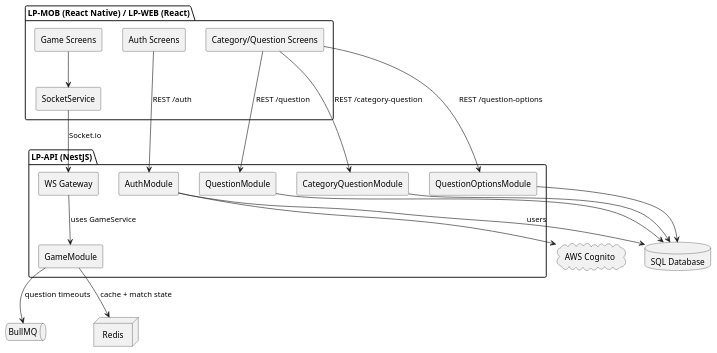
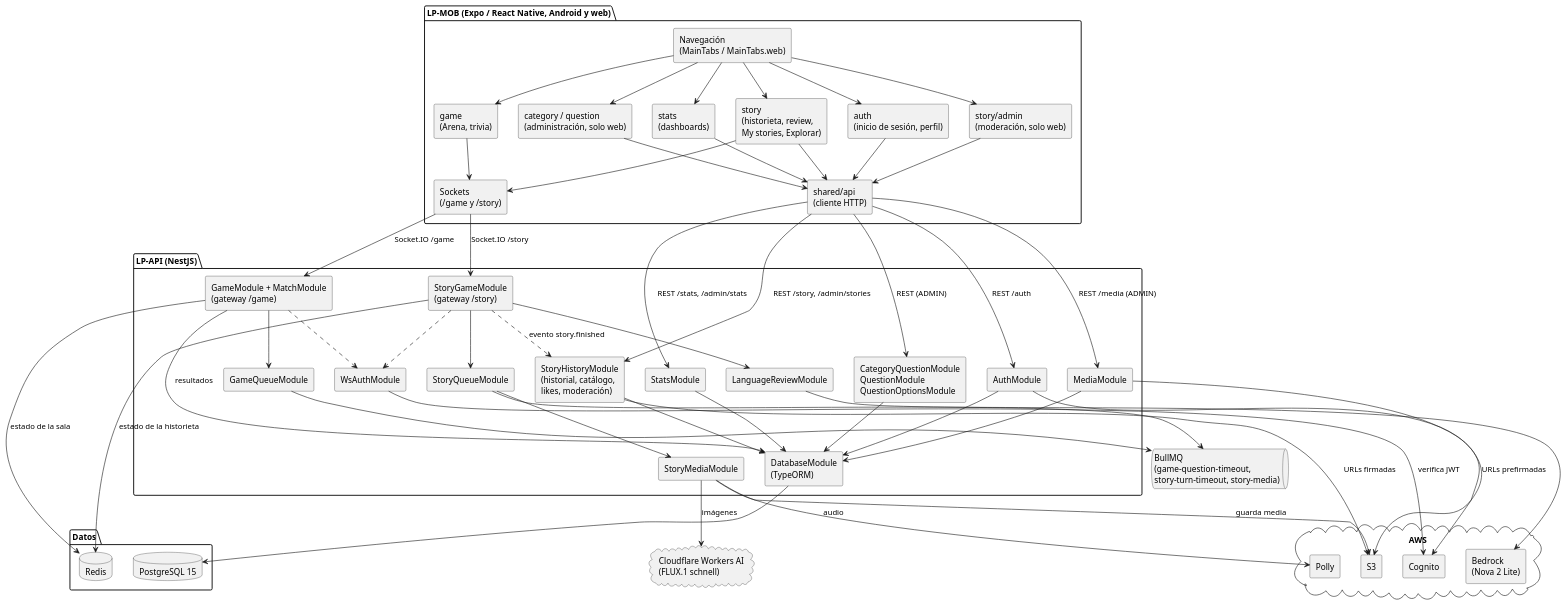
One commit to smyleface18/LinguaPlay changed the diagram in docs/diagrams/component-diagram.puml. Above: the diagram before and after it, drawn with PlantUML. The commit also changed 24 other files, not shown here.

First line of the commit message:
docs(diagrams): update UML diagrams to the current code and export PNG

```diff
--- a/docs/diagrams/component-diagram.puml
+++ b/docs/diagrams/component-diagram.puml
@@ -1,43 +1,100 @@
 @startuml
+' Componentes de LinguaPlay: features de LP-MOB, módulos de LP-API y
+' servicios externos. Fuente: app.module.ts y src/features de LP-MOB.
 skinparam componentStyle rectangle
+top to bottom direction
 
-package "LP-MOB (React Native) / LP-WEB (React)" {
-  [Auth Screens]
-  [Game Screens]
-  [Category/Question Screens]
-  [SocketService]
+package "LP-MOB (Expo / React Native, Android y web)" {
+  [Navegación\n(MainTabs / MainTabs.web)] as Nav
+  [auth\n(inicio de sesión, perfil)] as MobAuth
+  [game\n(Arena, trivia)] as MobGame
+  [story\n(historieta, review,\nMy stories, Explorar)] as MobStory
+  [story/admin\n(moderación, solo web)] as MobStoryAdmin
+  [category / question\n(administración, solo web)] as MobAdmin
+  [stats\n(dashboards)] as MobStats
+  [shared/api\n(cliente HTTP)] as Http
+  [Sockets\n(/game y /story)] as Sockets
 }
 
 package "LP-API (NestJS)" {
-  [AuthModule]
-  [GameModule]
-  [QuestionModule]
-  [CategoryQuestionModule]
-  [QuestionOptionsModule]
-  [WS Gateway]
+  [AuthModule] as Auth
+  [WsAuthModule] as WsAuth
+  [CategoryQuestionModule\nQuestionModule\nQuestionOptionsModule] as Content
+  [MediaModule] as Media
+  [GameModule + MatchModule\n(gateway /game)] as Game
+  [GameQueueModule] as GameQueue
+  [StoryGameModule\n(gateway /story)] as StoryGame
+  [LanguageReviewModule] as Review
+  [StoryMediaModule] as StoryMedia
+  [StoryQueueModule] as StoryQueue
+  [StoryHistoryModule\n(historial, catálogo,\nlikes, moderación)] as StoryHistory
+  [StatsModule] as Stats
+  [DatabaseModule\n(TypeORM)] as Db
 }
 
-cloud "AWS Cognito" as Cognito
-queue "BullMQ" as Queue
-node "Redis" as Redis
-database "SQL Database" as DB
+package "Datos" {
+  database "PostgreSQL 15" as PG
+  database "Redis" as Redis
+}
+queue "BullMQ\n(game-question-timeout,\nstory-turn-timeout, story-media)" as Bull
+cloud "AWS" {
+  [Cognito] as Cognito
+  [S3] as S3
+  [Bedrock\n(Nova 2 Lite)] as Bedrock
+  [Polly] as Polly
+}
+cloud "Cloudflare Workers AI\n(FLUX.1 schnell)" as CF
 
-[Auth Screens] --> [AuthModule] : REST /auth
-[Category/Question Screens] --> [QuestionModule] : REST /question
-[Category/Question Screens] --> [CategoryQuestionModule] : REST /category-question
-[Category/Question Screens] --> [QuestionOptionsModule] : REST /question-options
+Nav --> MobAuth
+Nav --> MobGame
+Nav --> MobStory
+Nav --> MobStoryAdmin
+Nav --> MobAdmin
+Nav --> MobStats
 
-[Game Screens] --> [SocketService]
-[SocketService] --> [WS Gateway] : Socket.io
+MobAuth --> Http
+MobAdmin --> Http
+MobStats --> Http
+MobStory --> Http
+MobStoryAdmin --> Http
+MobGame --> Sockets
+MobStory --> Sockets
 
-[WS Gateway] --> [GameModule] : uses GameService
+Http --> Auth : REST /auth
+Http --> Content : REST (ADMIN)
+Http --> Media : REST /media (ADMIN)
+Http --> StoryHistory : REST /story, /admin/stories
+Http --> Stats : REST /stats, /admin/stats
+Sockets --> Game : Socket.IO /game
+Sockets --> StoryGame : Socket.IO /story
 
-[AuthModule] --> Cognito
-[GameModule] --> Redis : cache + match state
-[GameModule] --> Queue : question timeouts
-[QuestionModule] --> DB
-[CategoryQuestionModule] --> DB
-[QuestionOptionsModule] --> DB
-[AuthModule] --> DB : users
+Game ..> WsAuth
+StoryGame ..> WsAuth
+Auth --> Cognito
+WsAuth --> Cognito : verifica JWT
+
+Game --> Redis : estado de la sala
+Game --> GameQueue
+GameQueue --> Bull
+StoryGame --> Redis : estado de la historieta
+StoryGame --> Review
+Review --> Bedrock
+StoryGame --> StoryQueue
+StoryQueue --> Bull
+StoryQueue --> StoryMedia
+StoryMedia --> Polly : audio
+StoryMedia --> CF : imágenes
+StoryMedia --> S3 : guarda media
+StoryGame ..> StoryHistory : evento story.finished
+StoryHistory --> S3 : URLs firmadas
+Media --> S3 : URLs prefirmadas
+
+Auth --> Db
+Content --> Db
+Media --> Db
+Game --> Db : resultados
+StoryHistory --> Db
+Stats --> Db
+Db --> PG
 
 @enduml
```
